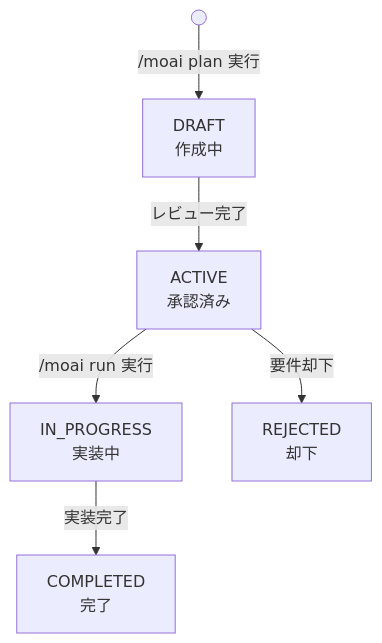
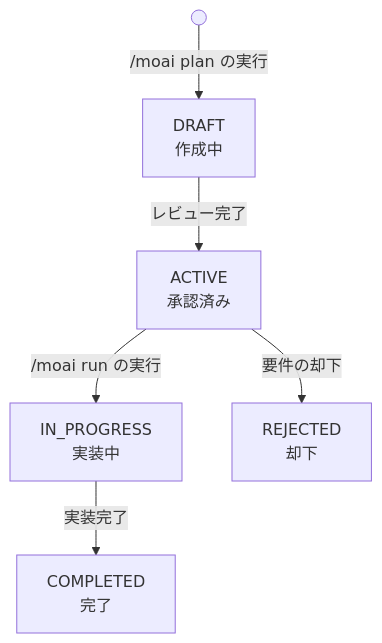
The fifth of 5 diagrams in docs-site/content/ja/core-concepts/spec-based-dev.md (modu-ai/moai-adk), drawn with Mermaid before and after one commit. The commit also changed other lines of this file and 395 other files, not shown here.

````diff
--- a/docs-site/content/ja/core-concepts/spec-based-dev.md
+++ b/docs-site/content/ja/core-concepts/spec-based-dev.md
@@ -410,8 +388,8 @@
 ```mermaid
 flowchart TD
-    Start(( )) -->|"/moai plan 実行"| DRAFT["DRAFT\n作成中"]
+    Start(( )) -->|"/moai plan の実行"| DRAFT["DRAFT\n作成中"]
     DRAFT -->|"レビュー完了"| ACTIVE["ACTIVE\n承認済み"]
-    ACTIVE -->|"/moai run 実行"| IN_PROGRESS["IN_PROGRESS\n実装中"]
+    ACTIVE -->|"/moai run の実行"| IN_PROGRESS["IN_PROGRESS\n実装中"]
     IN_PROGRESS -->|"実装完了"| COMPLETED["COMPLETED\n完了"]
-    ACTIVE -->|"要件却下"| REJECTED["REJECTED\n却下"]
+    ACTIVE -->|"要件の却下"| REJECTED["REJECTED\n却下"]
 ```
````
